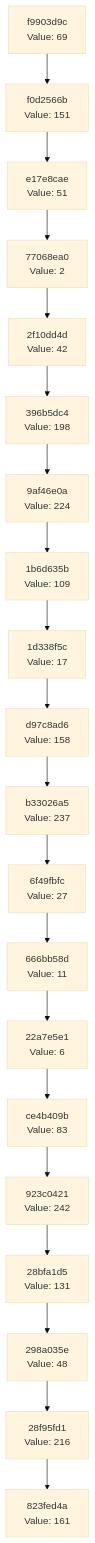
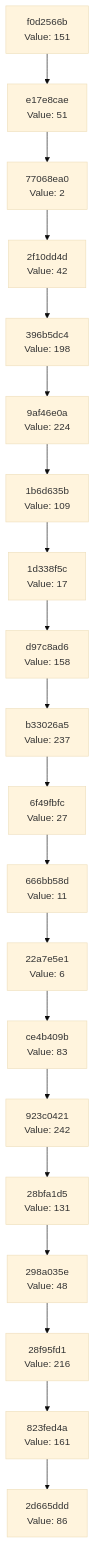
One commit to Abhisheksinha1506/hash-chain-evolver changed the diagram in docs/CHAIN_VISUALIZATION.md. Above: the diagram before and after it, drawn with Mermaid (base theme). The commit also changed 3 other files, not shown here.

````diff
--- a/docs/CHAIN_VISUALIZATION.md
+++ b/docs/CHAIN_VISUALIZATION.md
@@ -3,42 +3,42 @@
 ```mermaid
 graph TD
-    C0["823fed4a<br/>Value: 161"]
-    C1["28f95fd1<br/>Value: 216"]
+    C0["2d665ddd<br/>Value: 86"]
+    C1["823fed4a<br/>Value: 161"]
     C1 --> C0
-    C2["298a035e<br/>Value: 48"]
+    C2["28f95fd1<br/>Value: 216"]
     C2 --> C1
-    C3["28bfa1d5<br/>Value: 131"]
+    C3["298a035e<br/>Value: 48"]
     C3 --> C2
-    C4["923c0421<br/>Value: 242"]
+    C4["28bfa1d5<br/>Value: 131"]
     C4 --> C3
-    C5["ce4b409b<br/>Value: 83"]
+    C5["923c0421<br/>Value: 242"]
     C5 --> C4
-    C6["22a7e5e1<br/>Value: 6"]
+    C6["ce4b409b<br/>Value: 83"]
     C6 --> C5
-    C7["666bb58d<br/>Value: 11"]
+    C7["22a7e5e1<br/>Value: 6"]
     C7 --> C6
-    C8["6f49fbfc<br/>Value: 27"]
+    C8["666bb58d<br/>Value: 11"]
     C8 --> C7
-    C9["b33026a5<br/>Value: 237"]
+    C9["6f49fbfc<br/>Value: 27"]
     C9 --> C8
-    C10["d97c8ad6<br/>Value: 158"]
+    C10["b33026a5<br/>Value: 237"]
     C10 --> C9
-    C11["1d338f5c<br/>Value: 17"]
+    C11["d97c8ad6<br/>Value: 158"]
     C11 --> C10
-    C12["1b6d635b<br/>Value: 109"]
+    C12["1d338f5c<br/>Value: 17"]
     C12 --> C11
-    C13["9af46e0a<br/>Value: 224"]
+    C13["1b6d635b<br/>Value: 109"]
     C13 --> C12
-    C14["396b5dc4<br/>Value: 198"]
+    C14["9af46e0a<br/>Value: 224"]
     C14 --> C13
-    C15["2f10dd4d<br/>Value: 42"]
+    C15["396b5dc4<br/>Value: 198"]
     C15 --> C14
-    C16["77068ea0<br/>Value: 2"]
+    C16["2f10dd4d<br/>Value: 42"]
     C16 --> C15
-    C17["e17e8cae<br/>Value: 51"]
+    C17["77068ea0<br/>Value: 2"]
     C17 --> C16
-    C18["f0d2566b<br/>Value: 151"]
+    C18["e17e8cae<br/>Value: 51"]
     C18 --> C17
-    C19["f9903d9c<br/>Value: 69"]
+    C19["f0d2566b<br/>Value: 151"]
     C19 --> C18
 ```
````
